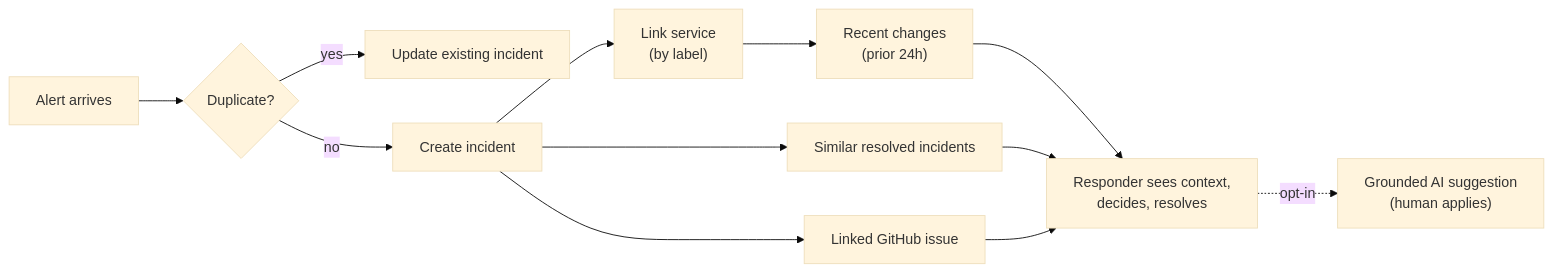
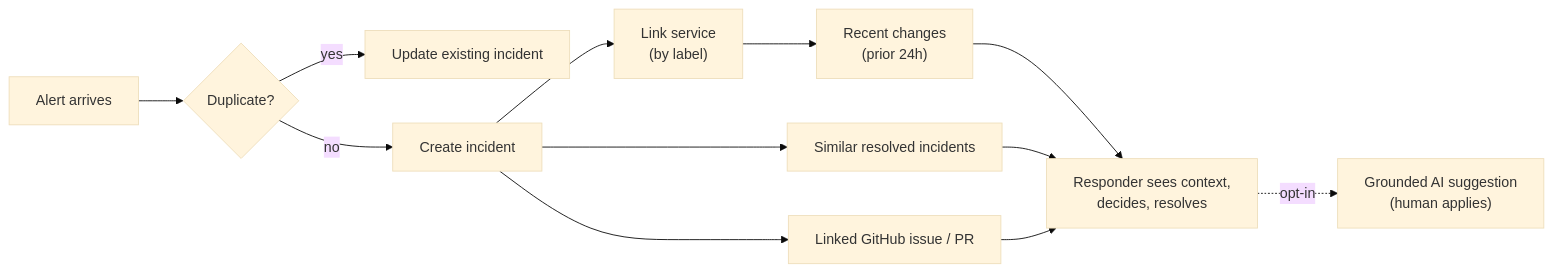
One commit to aayushtiwari307/incident-intelligence-platform changed the second of 2 diagrams in README.md. Above: the diagram before and after it, drawn with Mermaid (base theme). The commit also changed other lines of this file, not shown here.

````diff
--- a/README.md
+++ b/README.md
@@ -69,12 +83,12 @@
 ```mermaid
 flowchart LR
   A["Alert arrives"] --> B{"Duplicate?"}
   B -->|"yes"| C["Update existing incident"]
   B -->|"no"| D["Create incident"]
   D --> E["Link service<br/>(by label)"]
   E --> F["Recent changes<br/>(prior 24h)"]
   D --> G["Similar resolved incidents"]
-  D --> H["Linked GitHub issue"]
+  D --> H["Linked GitHub issue / PR"]
   F & G & H --> I["Responder sees context,<br/>decides, resolves"]
   I -. "opt-in" .-> J["Grounded AI suggestion<br/>(human applies)"]
 ```
````
